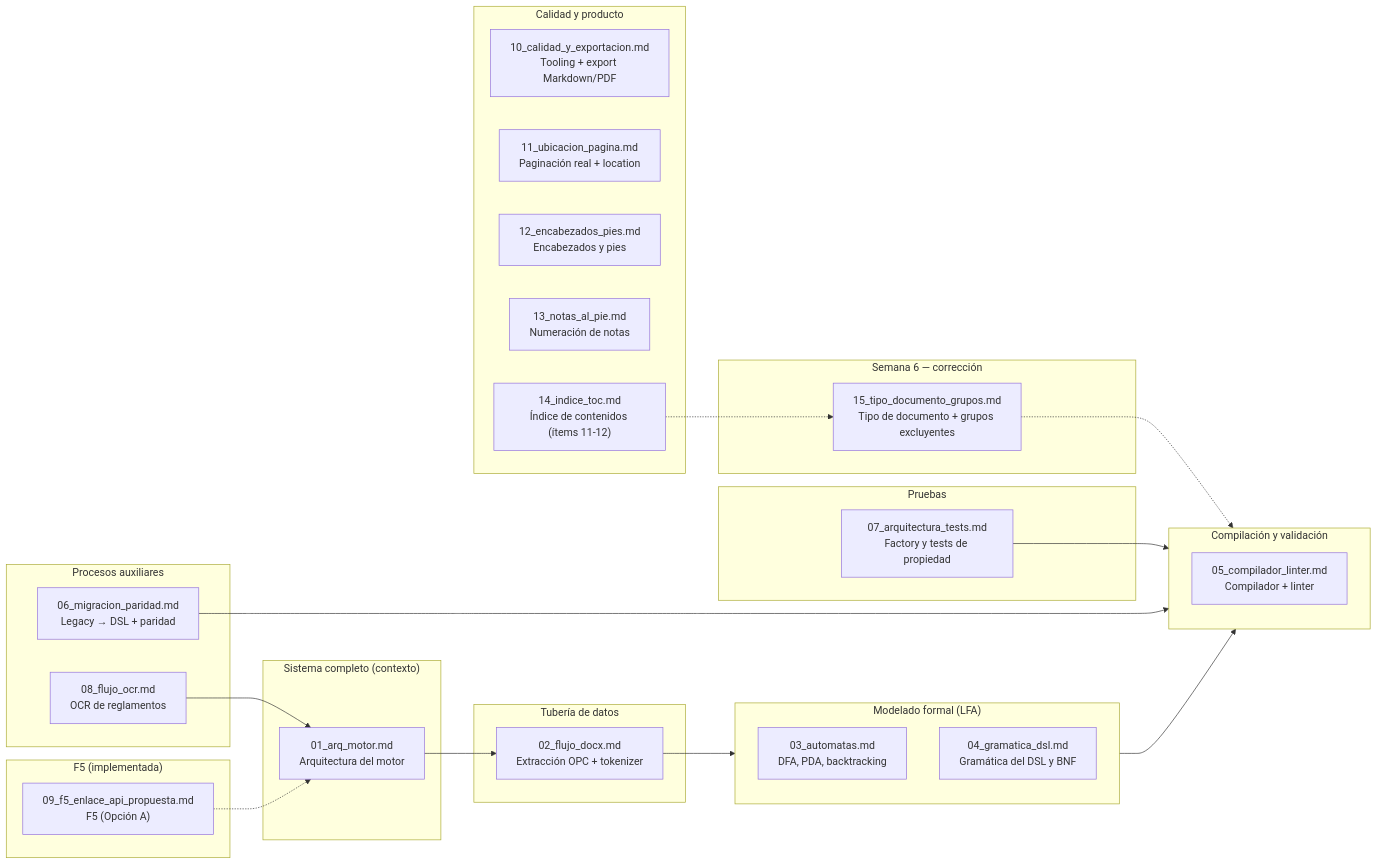
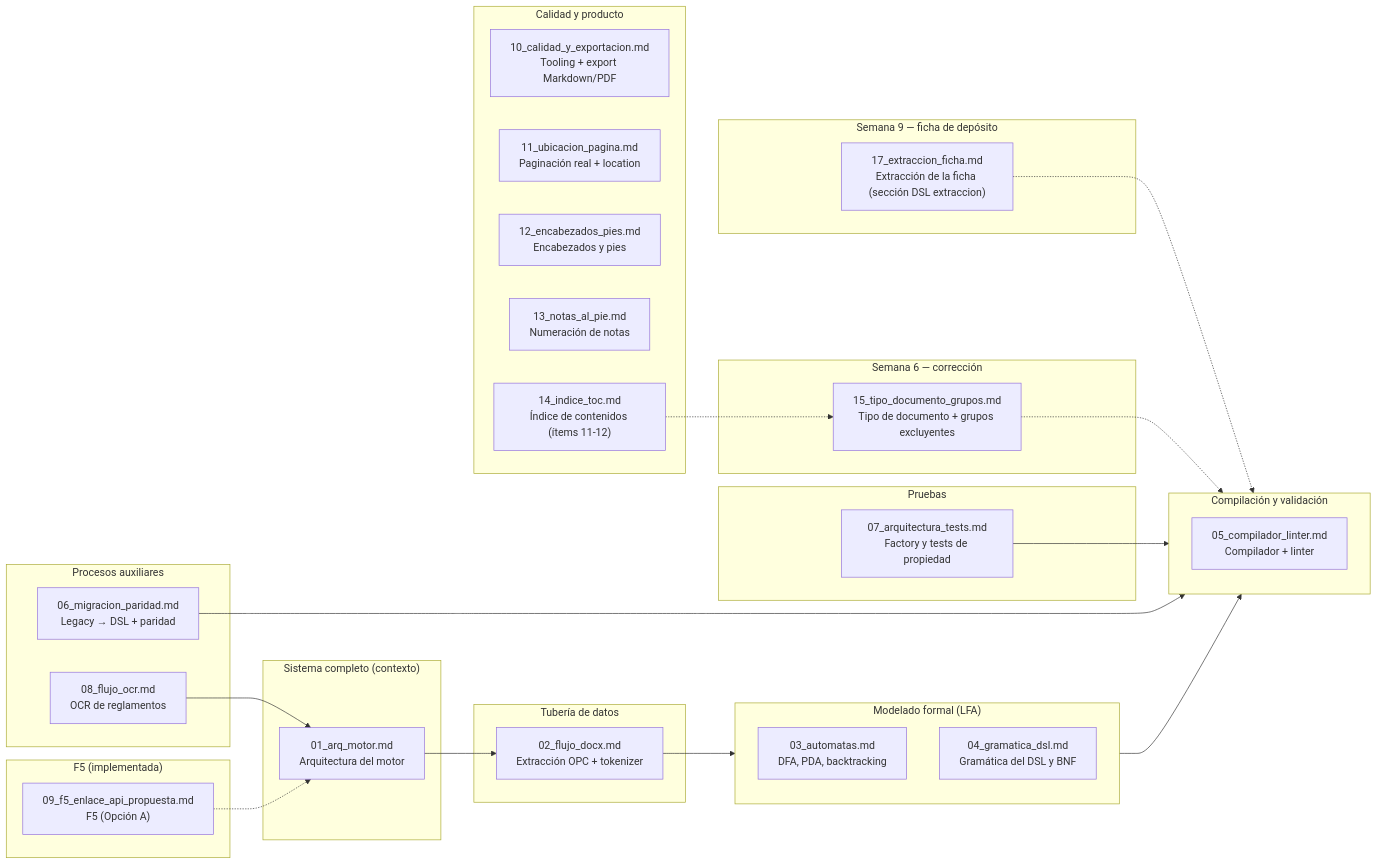
One commit to IvanSanchezSil/vistobueno changed the first of 2 diagrams in docs/diseno/00_indice_diseno.md. Above: the diagram before and after it, drawn with Mermaid. The commit also changed other lines of this file, not shown here.

````diff
--- a/docs/diseno/00_indice_diseno.md
+++ b/docs/diseno/00_indice_diseno.md
@@ -34,54 +34,59 @@
 ```mermaid
 flowchart LR
     subgraph CONTEXTO["Sistema completo (contexto)"]
         A["01_arq_motor.md<br/>Arquitectura del motor"]
     end
 
     subgraph TUBERIA["Tubería de datos"]
         B["02_flujo_docx.md<br/>Extracción OPC + tokenizer"]
     end
 
     subgraph FORMAL["Modelado formal (LFA)"]
         C["03_automatas.md<br/>DFA, PDA, backtracking"]
         D["04_gramatica_dsl.md<br/>Gramática del DSL y BNF"]
     end
 
     subgraph COMPILACION["Compilación y validación"]
         E["05_compilador_linter.md<br/>Compilador + linter"]
     end
 
     subgraph PROCESOS["Procesos auxiliares"]
         F["06_migracion_paridad.md<br/>Legacy → DSL + paridad"]
         G["08_flujo_ocr.md<br/>OCR de reglamentos"]
     end
 
     subgraph PRUEBAS["Pruebas"]
         H["07_arquitectura_tests.md<br/>Factory y tests de propiedad"]
     end
 
     subgraph CALIDAD["Calidad y producto"]
         J["10_calidad_y_exportacion.md<br/>Tooling + export Markdown/PDF"]
         K["11_ubicacion_pagina.md<br/>Paginación real + location"]
         L["12_encabezados_pies.md<br/>Encabezados y pies"]
         M["13_notas_al_pie.md<br/>Numeración de notas"]
         N["14_indice_toc.md<br/>Índice de contenidos (ítems 11-12)"]
     end
 
     subgraph SEMANA6["Semana 6 — corrección"]
         O["15_tipo_documento_grupos.md<br/>Tipo de documento + grupos excluyentes"]
     end
 
+    subgraph SEMANA9["Semana 9 — ficha de depósito"]
+        P["17_extraccion_ficha.md<br/>Extracción de la ficha (sección DSL extraccion)"]
+    end
+
     subgraph FUTURO["F5 (implementada)"]
         I["09_f5_enlace_api_propuesta.md<br/>F5 (Opción A)"]
     end
 
     A --> B
     B --> FORMAL
     FORMAL --> COMPILACION
     F --> COMPILACION
     H --> COMPILACION
     G --> A
     I -.-> A
     N -.-> O
     O -.-> COMPILACION
+    P -.-> COMPILACION
 ```
````
